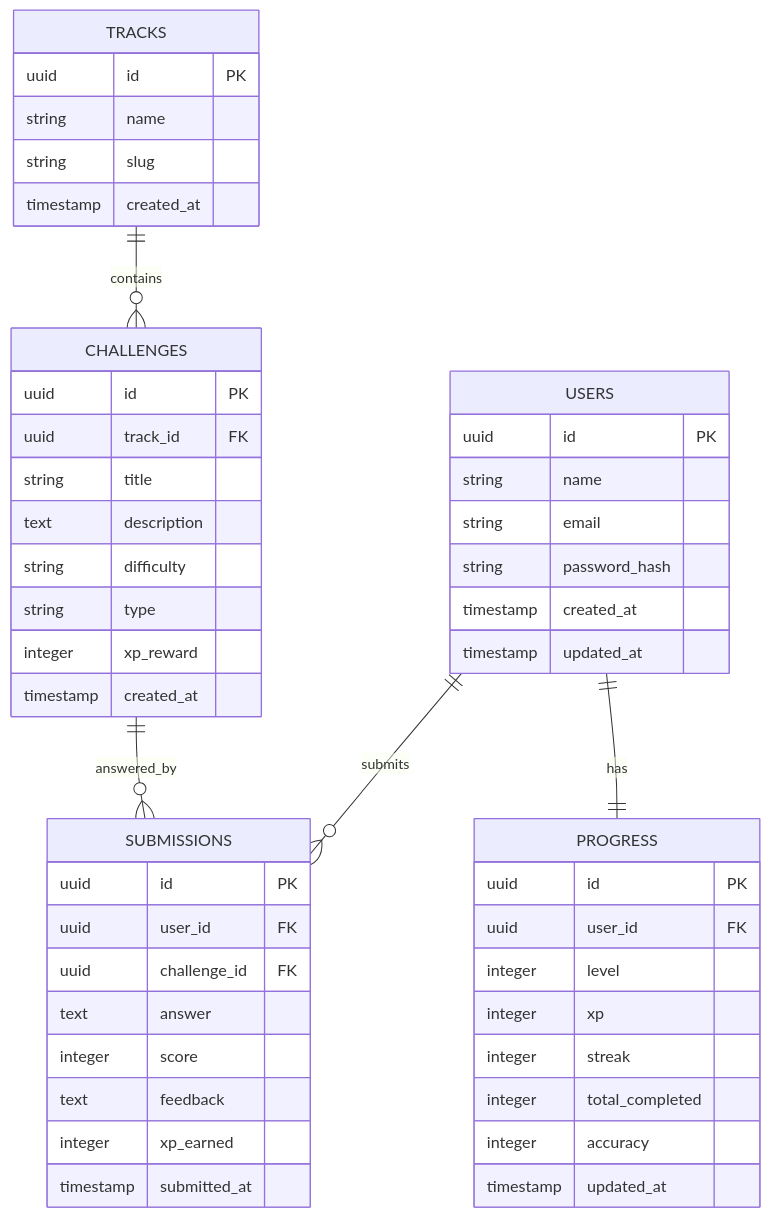
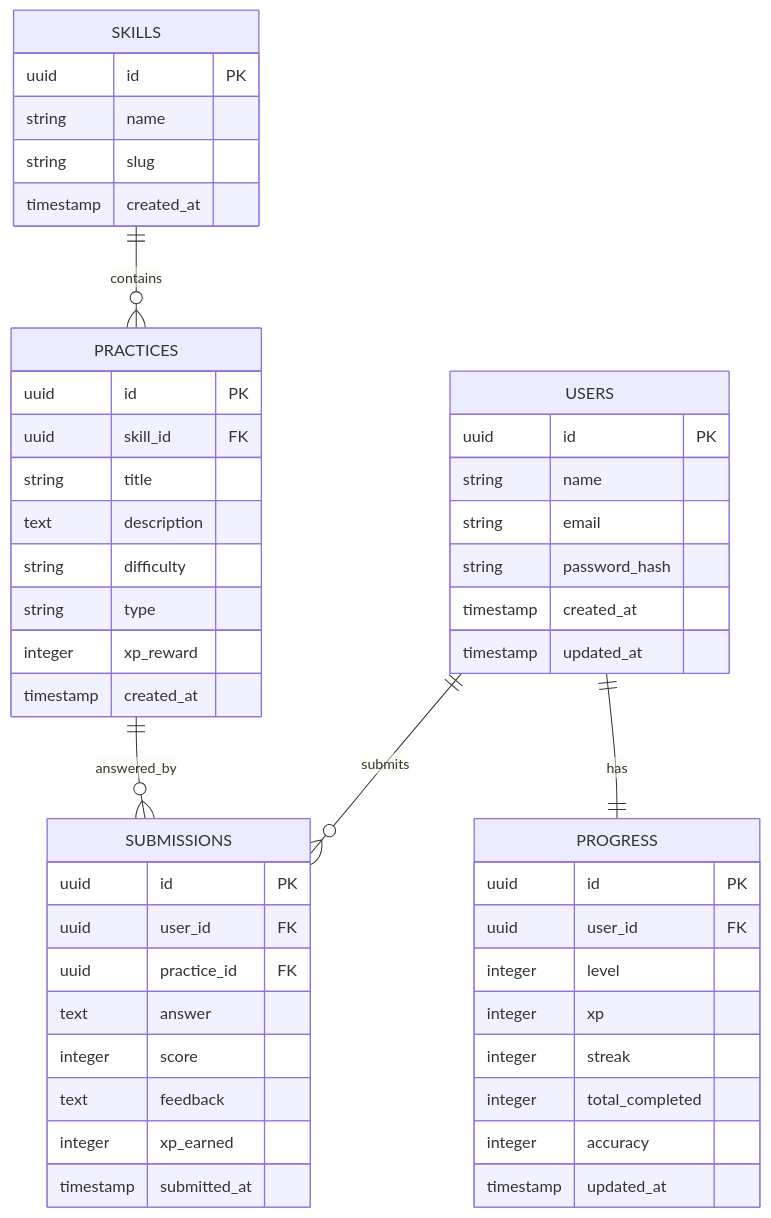
One commit to davidkhasbiya/GitGud changed the diagram in docs/architecture/database.md. Above: the diagram before and after it, drawn with Mermaid.

```diff
--- a/docs/architecture/database.md
+++ b/docs/architecture/database.md
@@ -22,9 +22,9 @@
 
 USERS ||--o{ SUBMISSIONS : submits
 
-CHALLENGES ||--o{ SUBMISSIONS : answered_by
+PRACTICES ||--o{ SUBMISSIONS : answered_by
 
-TRACKS ||--o{ CHALLENGES : contains
+SKILLS ||--o{ PRACTICES : contains
 
 USERS ||--|| PROGRESS : has
 
@@ -44,7 +44,7 @@
 
 }
 
-TRACKS {
+SKILLS {
 
 uuid id PK
 
@@ -56,11 +56,11 @@
 
 }
 
-CHALLENGES {
+PRACTICES {
 
 uuid id PK
 
-uuid track_id FK
+uuid skill_id FK
 
 string title
 
@@ -82,7 +82,7 @@
 
 uuid user_id FK
 
-uuid challenge_id FK
+uuid practice_id FK
 
 text answer
 
```
